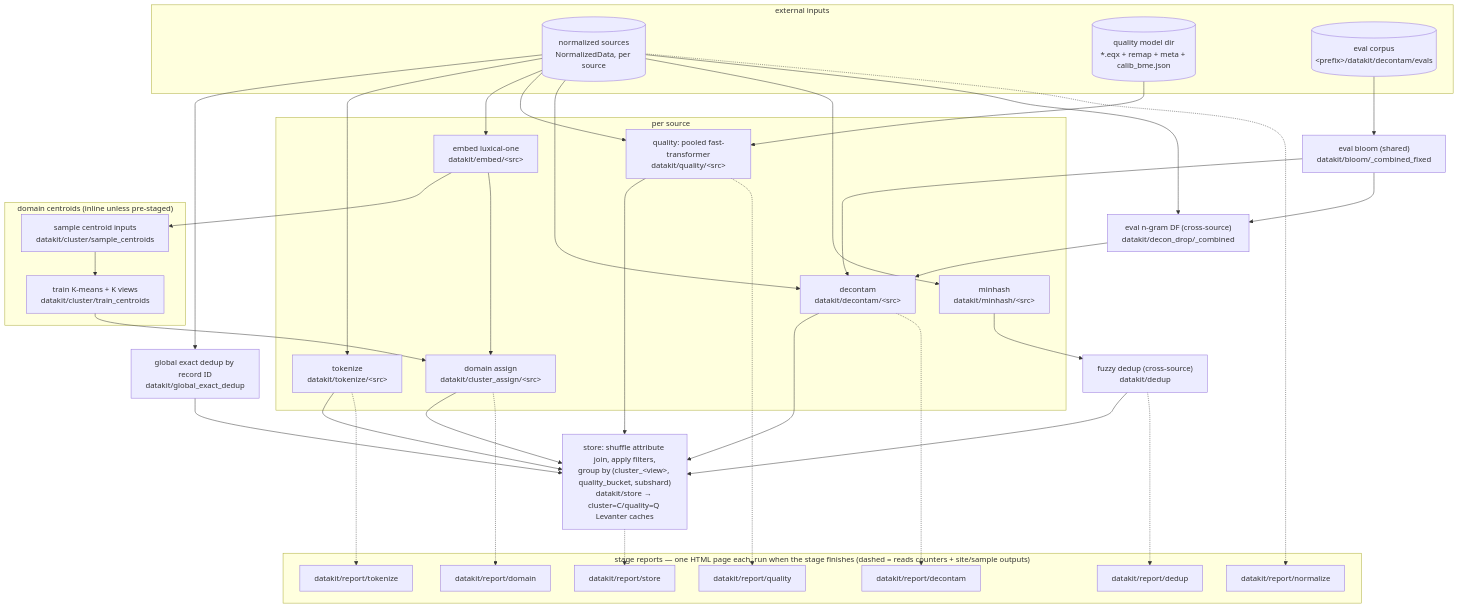
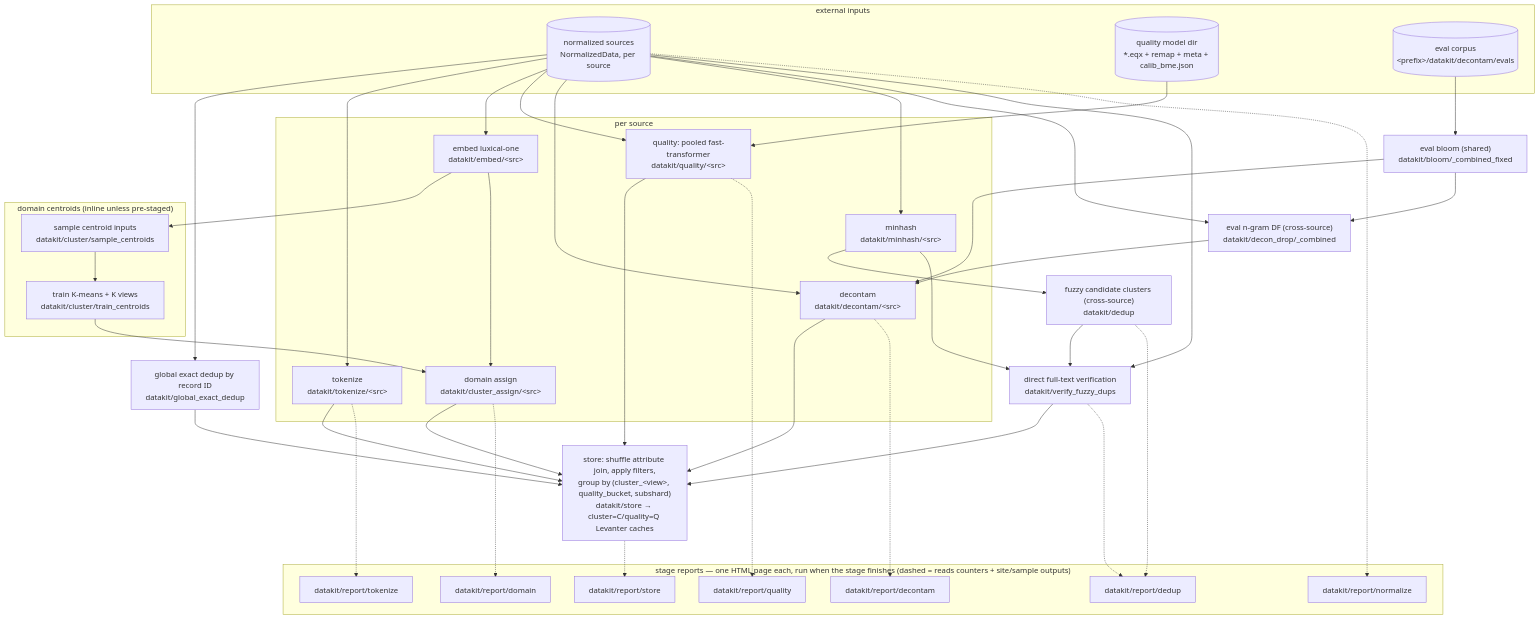
One commit to marin-community/marin changed the diagram in experiments/datakit/README.md. Above: the diagram before and after it, drawn with Mermaid. The commit also changed other lines of this file and 20 other files, not shown here.

````diff
--- a/experiments/datakit/README.md
+++ b/experiments/datakit/README.md
@@ -63,66 +74,71 @@
 ```mermaid
 flowchart TD
     subgraph inputs["external inputs"]
         SRC[("normalized sources<br/>NormalizedData, per source")]
         MODEL[("quality model dir<br/>*.eqx + remap + meta + calib_bme.json")]
         EVALS[("eval corpus<br/>&lt;prefix&gt;/datakit/decontam/evals")]
     end
 
     subgraph per_source["per source"]
         TOK["tokenize<br/>datakit/tokenize/&lt;src&gt;"]
         EMB["embed luxical-one<br/>datakit/embed/&lt;src&gt;"]
         ASG["domain assign<br/>datakit/cluster_assign/&lt;src&gt;"]
         QUAL["quality: pooled fast-transformer<br/>datakit/quality/&lt;src&gt;"]
         DECON["decontam<br/>datakit/decontam/&lt;src&gt;"]
         MH["minhash<br/>datakit/minhash/&lt;src&gt;"]
     end
 
     subgraph domain_model["domain centroids (inline unless pre-staged)"]
         SAMP["sample centroid inputs<br/>datakit/cluster/sample_centroids"]
         KM["train K-means + K views<br/>datakit/cluster/train_centroids"]
     end
 
     BLOOM["eval bloom (shared)<br/>datakit/bloom/_combined_fixed"]
     DF["eval n-gram DF (cross-source)<br/>datakit/decon_drop/_combined"]
     EXACT["global exact dedup by record ID<br/>datakit/global_exact_dedup"]
-    DEDUP["fuzzy dedup (cross-source)<br/>datakit/dedup"]
+    DEDUP["fuzzy candidate clusters (cross-source)<br/>datakit/dedup"]
+    VERIFY["direct full-text verification<br/>datakit/verify_fuzzy_dups"]
     STORE["store: shuffle attribute join, apply filters,<br/>group by (cluster_&lt;view&gt;, quality_bucket, subshard)<br/>datakit/store → cluster=C/quality=Q Levanter caches"]
 
     SRC --> EXACT
     SRC --> TOK
     SRC --> EMB
     SRC --> QUAL
     SRC --> DECON
     SRC --> MH
     MODEL --> QUAL
     EVALS --> BLOOM --> DF --> DECON
     SRC --> DF
     BLOOM --> DECON
     EMB --> SAMP --> KM --> ASG
     EMB --> ASG
     MH --> DEDUP
+    MH --> VERIFY
+    SRC --> VERIFY
+    DEDUP --> VERIFY
     TOK --> STORE
     ASG --> STORE
     QUAL --> STORE
     DECON --> STORE
     EXACT --> STORE
-    DEDUP --> STORE
+    VERIFY --> STORE
 
     subgraph reports["stage reports — one HTML page each, run when the stage finishes (dashed = reads counters + site/sample outputs)"]
         RN["datakit/report/normalize"]
         RT["datakit/report/tokenize"]
         RQ["datakit/report/quality"]
         RD["datakit/report/domain"]
         RC["datakit/report/decontam"]
         RU["datakit/report/dedup"]
         RS["datakit/report/store"]
     end
 
     SRC -.-> RN
     TOK -.-> RT
     QUAL -.-> RQ
     ASG -.-> RD
     DECON -.-> RC
     DEDUP -.-> RU
+    VERIFY -.-> RU
     STORE -.-> RS
 ```
````
